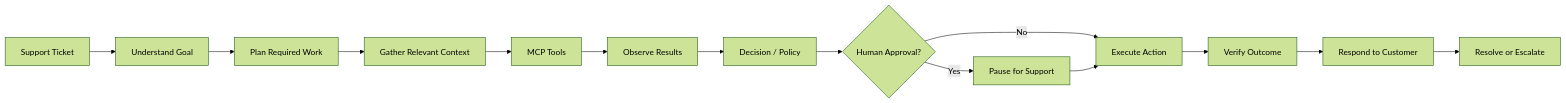
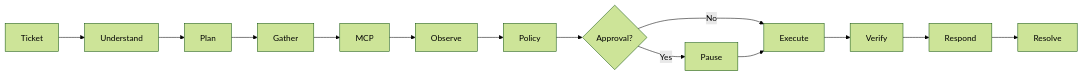
One commit to bkk07/northstar-worker changed the second of 3 diagrams in README.md. Above: the diagram before and after it, drawn with Mermaid (forest theme). The commit also changed other lines of this file and 14 other files, not shown here.

````diff
--- a/README.md
+++ b/README.md
@@ -285,16 +79,5 @@
 ```mermaid
 flowchart LR
-    T[Support Ticket] --> U[Understand Goal]
-    U --> P[Plan Required Work]
-    P --> C[Gather Relevant Context]
-    C --> M[MCP Tools]
-    M --> O[Observe Results]
-    O --> D[Decision / Policy]
-    D --> H{Human Approval?}
-    H -->|No| A[Execute Action]
-    H -->|Yes| I[Pause for Support]
-    I --> A
-    A --> V[Verify Outcome]
-    V --> R[Respond to Customer]
-    R --> S[Resolve or Escalate]
+    T[Ticket] --> U[Understand] --> P[Plan] --> G[Gather] --> M[MCP] --> O[Observe] --> D[Policy] --> H{Approval?} -->|No| A[Execute] --> V[Verify] --> R[Respond] --> S[Resolve]
+    H -->|Yes| I[Pause] --> A
 ```
````
